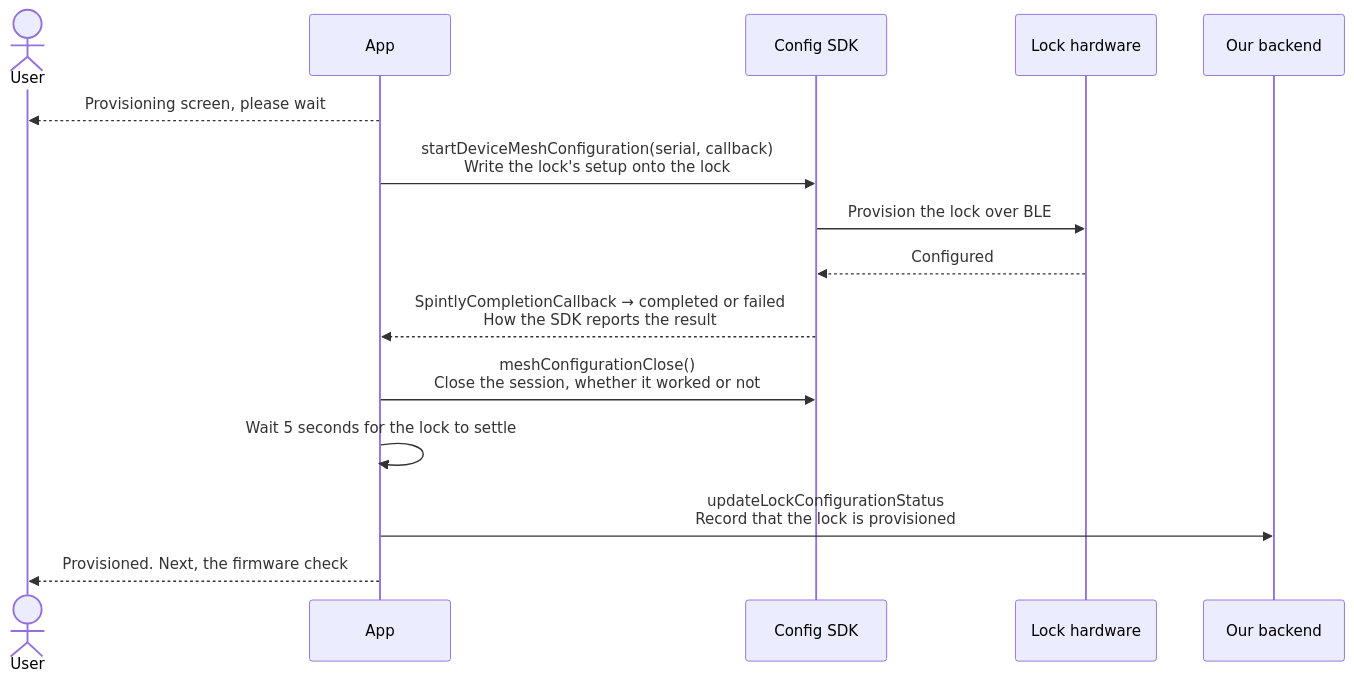
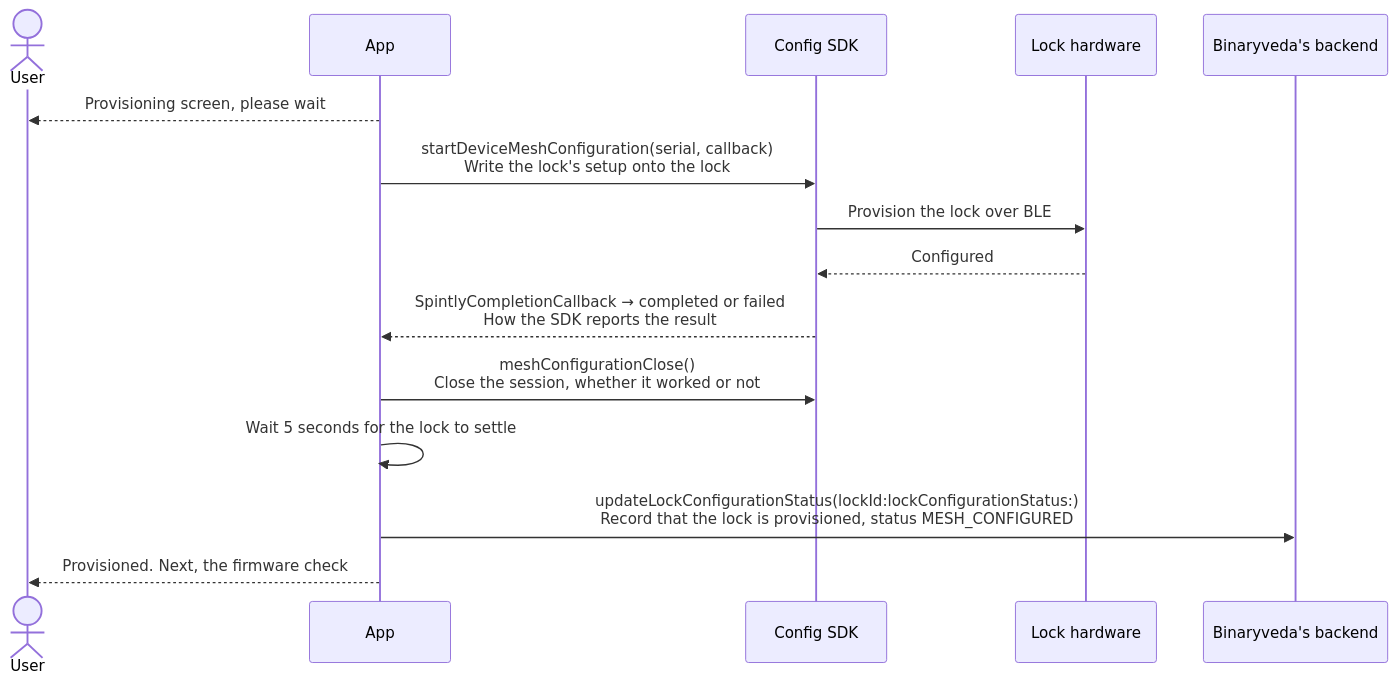
Before and after one commit to Yash-Wadatkar-Binaryveda/sdk-docs-site: the eighth of 16 diagrams in docs/lock-onboarding.md, drawn with Mermaid. The commit also changed other lines of this file and 3 other files, not shown here.

First line of the commit message:
Update documentation to reflect Binaryveda's backend and clarify SDK interactions

````diff
--- a/docs/lock-onboarding.md
+++ b/docs/lock-onboarding.md
@@ -313,18 +330,18 @@
     ```mermaid
     sequenceDiagram
         actor U as User
         participant A as App
         participant C as Config SDK
         participant L as Lock hardware
-        participant B as Our backend
+        participant B as Binaryveda's backend
 
         A-->>U: Provisioning screen, please wait
         A->>C: startDeviceMeshConfiguration(serial, callback)<br/>Write the lock's setup onto the lock
         C->>L: Provision the lock over BLE
         L-->>C: Configured
         C-->>A: SpintlyCompletionCallback → completed or failed<br/>How the SDK reports the result
         A->>C: meshConfigurationClose()<br/>Close the session, whether it worked or not
         A->>A: Wait 5 seconds for the lock to settle
-        A->>B: updateLockConfigurationStatus<br/>Record that the lock is provisioned
+        A->>B: updateLockConfigurationStatus(lockId:lockConfigurationStatus:)<br/>Record that the lock is provisioned, status MESH_CONFIGURED
         A-->>U: Provisioned. Next, the firmware check
     ```
````
